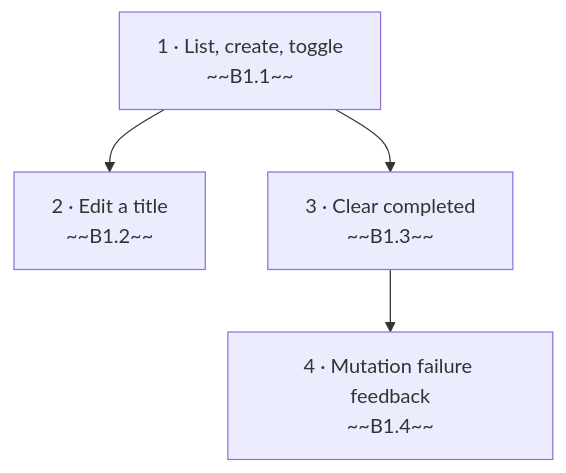
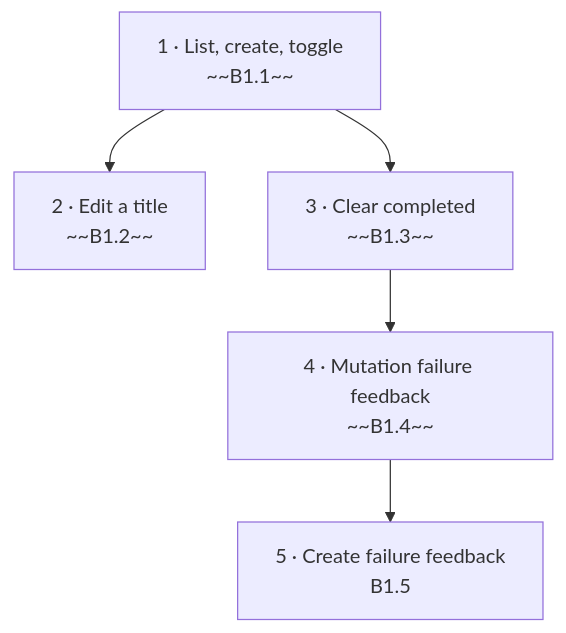
One commit to st-minhho2/level-up-lab changed the diagram in backlog/README.md. Above: the diagram before and after it, drawn with Mermaid. The commit also changed other lines of this file and 1 other file, not shown here.

Commit message:
docs(backlog): card B1.5 feedback when creating a todo fails

````diff
--- a/backlog/README.md
+++ b/backlog/README.md
@@ -15,10 +15,12 @@
 ```mermaid
 flowchart TD
   S1["1 · List, create, toggle<br/>~~B1.1~~"]
   S2["2 · Edit a title<br/>~~B1.2~~"]
   S3["3 · Clear completed<br/>~~B1.3~~"]
   S1 --> S2
   S4["4 · Mutation failure feedback<br/>~~B1.4~~"]
   S1 --> S3
   S3 --> S4
+  S5["5 · Create failure feedback<br/>B1.5"]
+  S4 --> S5
 ```
````
